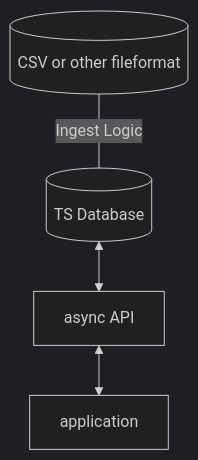
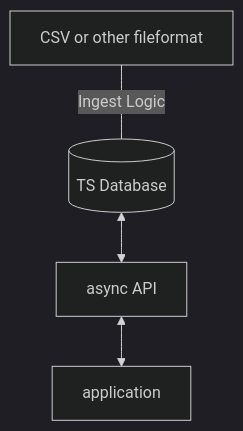
One commit to Swissgrid-AG-External/coding_challenges changed the diagram in data_engineer/README.md. Above: the diagram before and after it, drawn with Mermaid (dark theme).

Commit message:
fixed mermaid chart

````diff
--- a/data_engineer/README.md
+++ b/data_engineer/README.md
@@ -25,4 +25,4 @@
 ```mermaid
   flowchart TD
-    input[(CSV or other fileformat)] -- Ingest Logic ---tsdb[(TS Database)] <--> api[async API] <--> app[application]
+    input[CSV or other fileformat] -- Ingest Logic ---tsdb[(TS Database)] <--> api[async API] <--> app[application]
 ```
````
